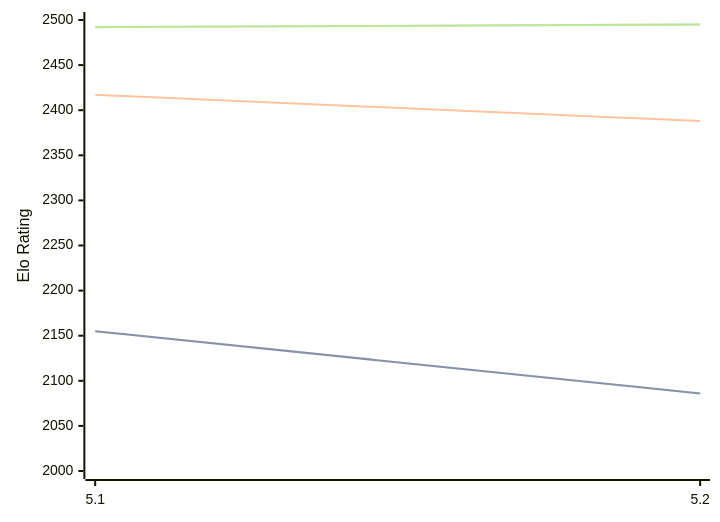
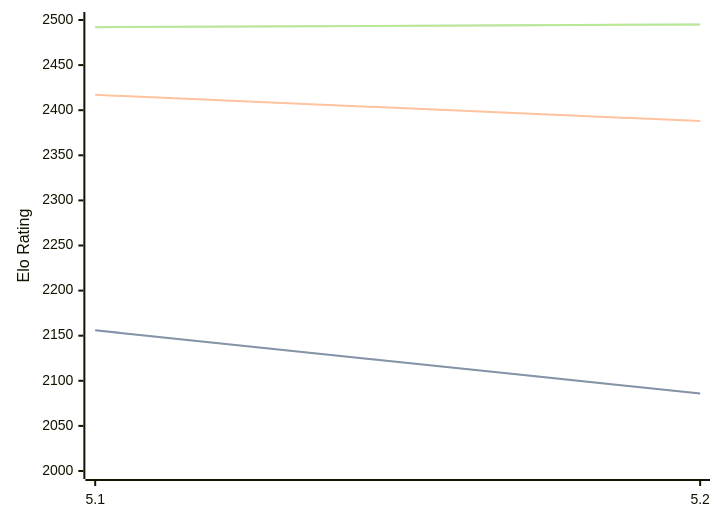
The first of 3 diagrams in engines/Prophet.md (computer-chess-index/cci), drawn with Mermaid before and after one commit. The commit also changed other lines of this file, not shown here.

````diff
--- a/engines/Prophet.md
+++ b/engines/Prophet.md
@@ -38,11 +38,11 @@
 ```mermaid
 %%{init: {"theme":"base","themeVariables":{"seriesColors:['#a3a3a3','#222221','#faa371']}}}%%
 xychart-beta
   x-axis ["5.1", "5.2"]
   y-axis "Elo Rating" 2000 --> 2500
-  line "STC (8.0+0.08s)" [2155, 2086]
-  line "STC (8.0+0.08s)" [2155, 2086]
+  line "STC (8.0+0.08s)" [2156, 2086]
+  line "STC (8.0+0.08s)" [2156, 2086]
   line "LTC (60.0+0.60s)" [2417, 2388]
   line "VLTC (2m24s+1.12s)" [2492, 2495]
   line "VLTC (2m24s+1.12s)" [2492, 2495]
 ```
````
